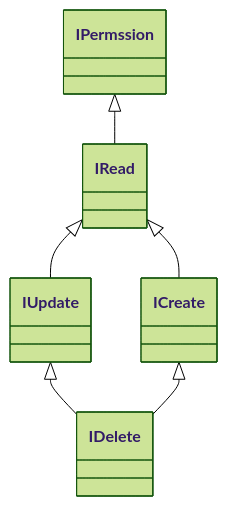
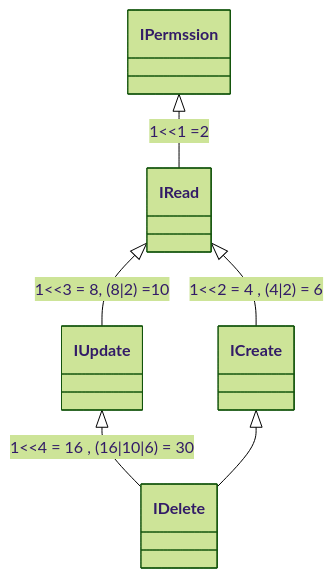
The diagram in RoleTest/README.md (paul-yskim/RoleTest), drawn with Mermaid (forest theme) before and after one commit. The commit also changed other lines of this file, not shown here.

````diff
--- a/RoleTest/README.md
+++ b/RoleTest/README.md
@@ -27,8 +19,8 @@
 ```mermaid
 classDiagram
-IPermssion <|-- IRead  
-IRead <|-- ICreate
-IRead <|-- IUpdate 
-IUpdate <|-- IDelete 
+IPermssion <|-- IRead  :1<<1 =2 
+IRead <|-- ICreate :1<<2 = 4 , (4|2) = 6
+IRead <|-- IUpdate  :1<<3 = 8, (8|2) =10
+IUpdate <|-- IDelete : 1<<4 = 16 , (16|10|6) = 30
 ICreate <|-- IDelete 
 ```
````
